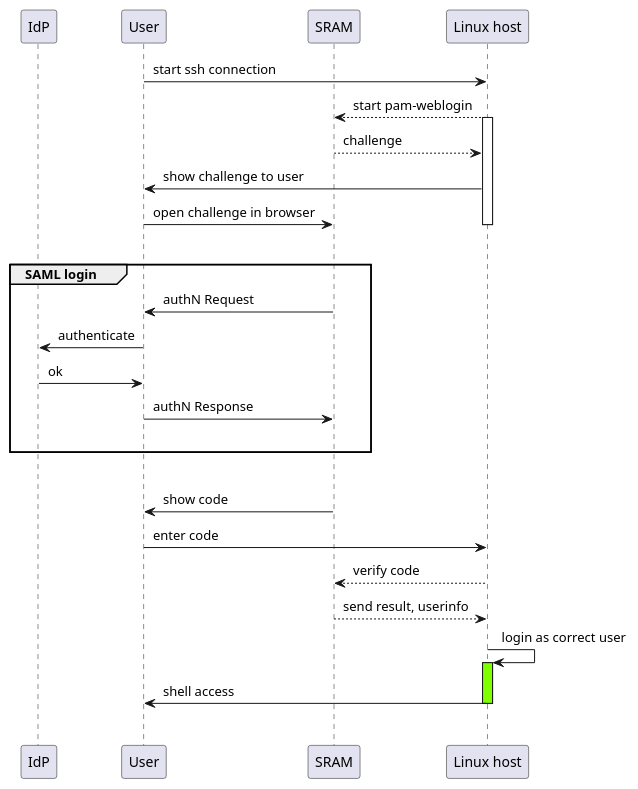
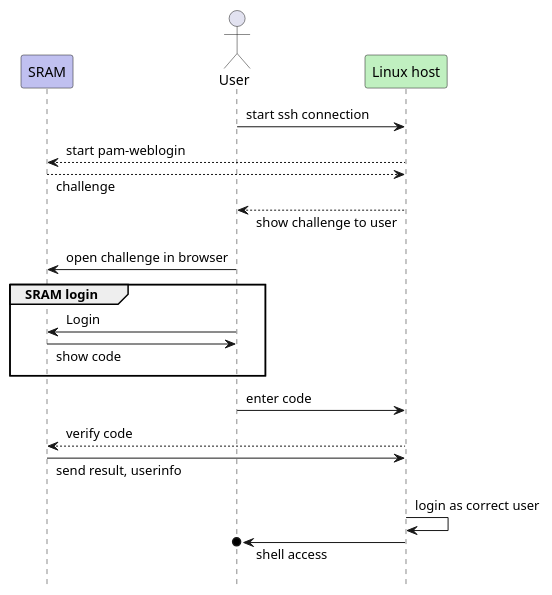
Before and after one commit to SURFscz/pam-weblogin: the diagram in doc/pam-weblogin.plantuml, drawn with PlantUML. The commit also changed 2 other files, not shown here.

Commit message:
Add Smart shell UML diagram

```diff
--- a/doc/pam-weblogin.plantuml
+++ b/doc/pam-weblogin.plantuml
@@ -1,40 +1,30 @@
 @startuml
 skinparam ParticipantPadding 1
 skinparam SequenceMessagePadding 2
+skinparam responseMessageBelowArrow true
+hide footbox
 
-participant "IdP"  as idp
-participant "User" as user
-participant "SRAM" as sram
-participant "Linux host" as linux
+participant "SRAM" as sram #c0c0f0
+actor "User" as user
+participant "Linux host" as linux #c0f0c0
 
-user  ->  linux : start ssh connection
-linux --> sram  : start pam-weblogin
-activate linux
-sram  --> linux : challenge
-linux ->  user  : show challenge to user
-user  ->  sram  : open challenge in browser
-deactivate linux
+user  ->  linux: start ssh connection
+linux --> sram: start pam-weblogin
+linux <-- sram: challenge
+user <-- linux: show challenge to user
+user  ->  sram: open challenge in browser
 
-|||
-group SAML login
-  sram ->  user  : authN Request
-  user ->  idp : authenticate
-  idp  ->  user : ok
-  user ->  sram : authN Response
-  |||
+group SRAM login
+  user -> sram: Login
+  user <- sram: show code
 end
-|||
 
-sram  ->  user  : show code
-user  ->  linux : enter code
+user  ->  linux: enter code
 
-linux --> sram : verify code
-sram  --> linux : send result, userinfo
+linux --> sram: verify code
+linux <- sram: send result, userinfo
 
-linux ->  linux : login as correct user
-activate linux #Chartreuse
-linux ->  user  : shell access
-deactivate linux
-|||
+linux ->  linux: login as correct user
+user o<- linux: shell access
 
 @enduml
```
